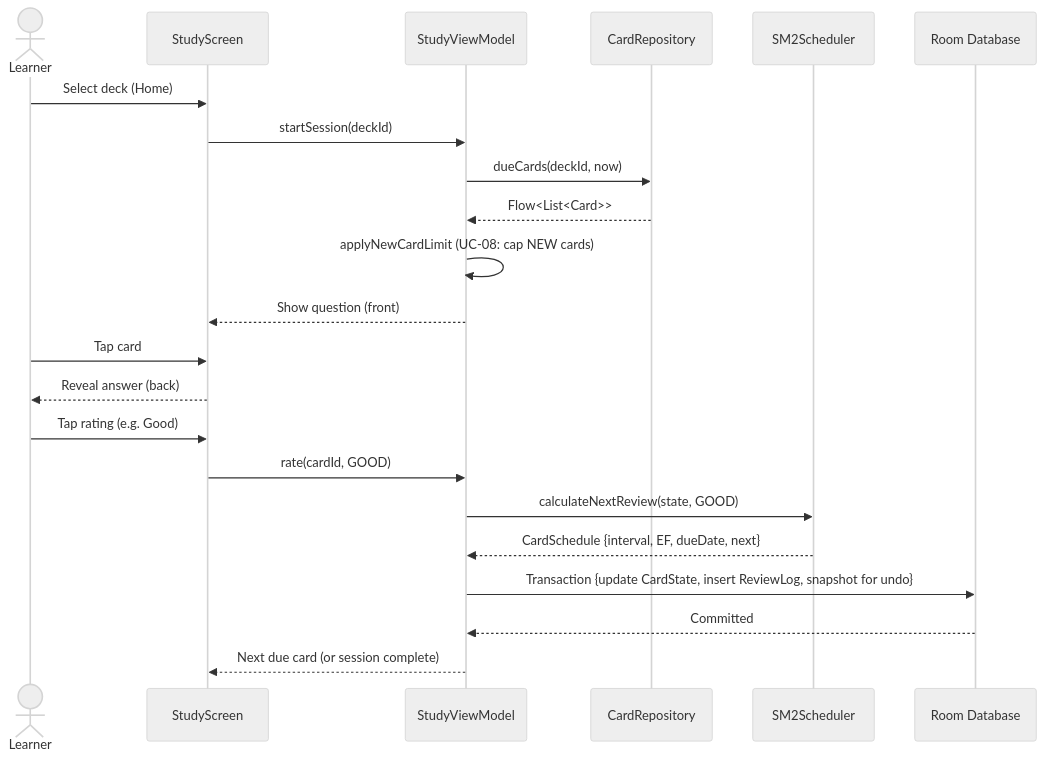
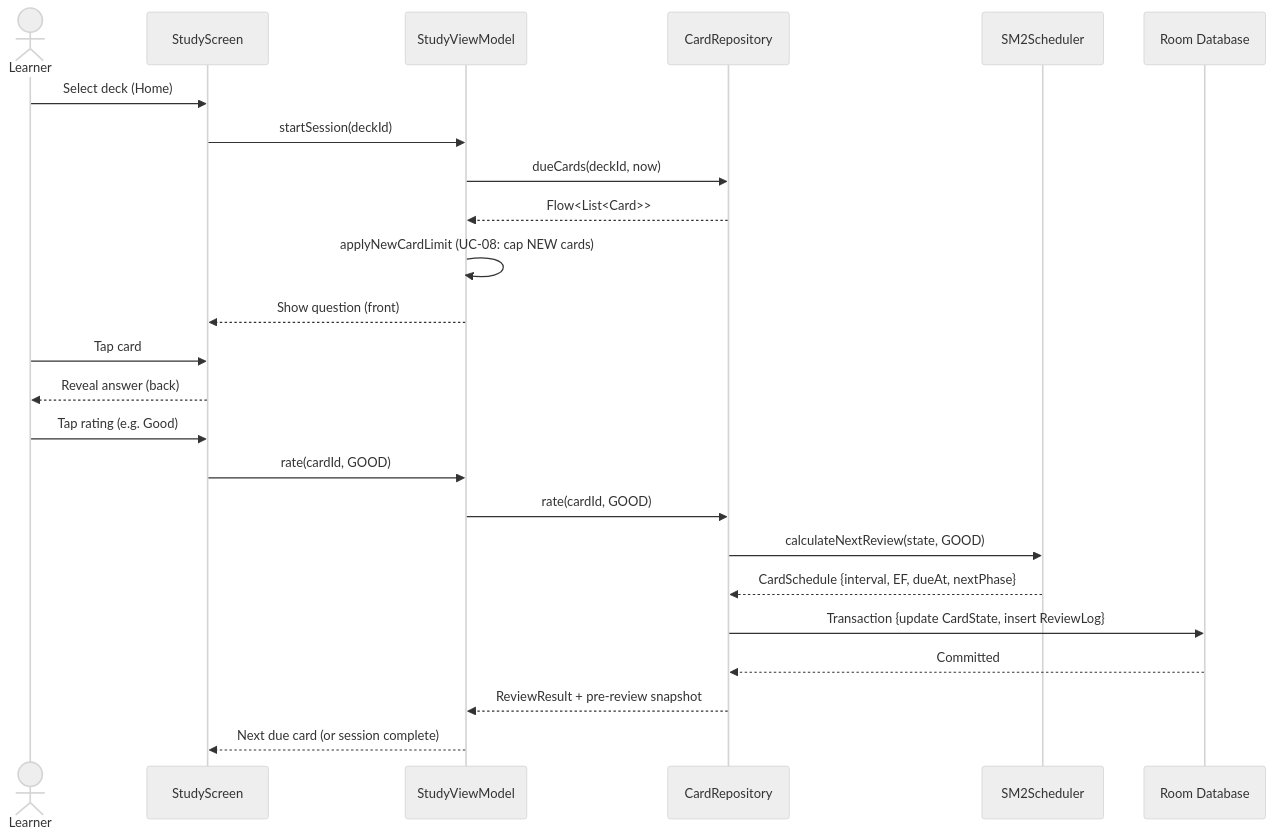
Before and after one commit to patbaumgartner/spaced-repeater-android: the second of 4 diagrams in docs/arc42/06-runtime-view.md, drawn with Mermaid (neutral theme). The commit also changed other lines of this file and 43 other files, not shown here.

````diff
--- a/docs/arc42/06-runtime-view.md
+++ b/docs/arc42/06-runtime-view.md
@@ -39,27 +39,29 @@
 ```mermaid
 sequenceDiagram
     actor L as Learner
     participant SS as StudyScreen
     participant SVM as StudyViewModel
     participant Repo as CardRepository
     participant SM2 as SM2Scheduler
     participant DB as Room Database
 
     L->>SS: Select deck (Home)
     SS->>SVM: startSession(deckId)
     SVM->>Repo: dueCards(deckId, now)
     Repo-->>SVM: Flow<List<Card>>
     SVM->>SVM: applyNewCardLimit (UC-08: cap NEW cards)
     SVM-->>SS: Show question (front)
 
     L->>SS: Tap card
     SS-->>L: Reveal answer (back)
 
     L->>SS: Tap rating (e.g. Good)
     SS->>SVM: rate(cardId, GOOD)
-    SVM->>SM2: calculateNextReview(state, GOOD)
-    SM2-->>SVM: CardSchedule {interval, EF, dueDate, next}
-    SVM->>DB: Transaction {update CardState, insert ReviewLog, snapshot for undo}
-    DB-->>SVM: Committed
+    SVM->>Repo: rate(cardId, GOOD)
+    Repo->>SM2: calculateNextReview(state, GOOD)
+    SM2-->>Repo: CardSchedule {interval, EF, dueAt, nextPhase}
+    Repo->>DB: Transaction {update CardState, insert ReviewLog}
+    DB-->>Repo: Committed
+    Repo-->>SVM: ReviewResult + pre-review snapshot
     SVM-->>SS: Next due card (or session complete)
 ```
````
